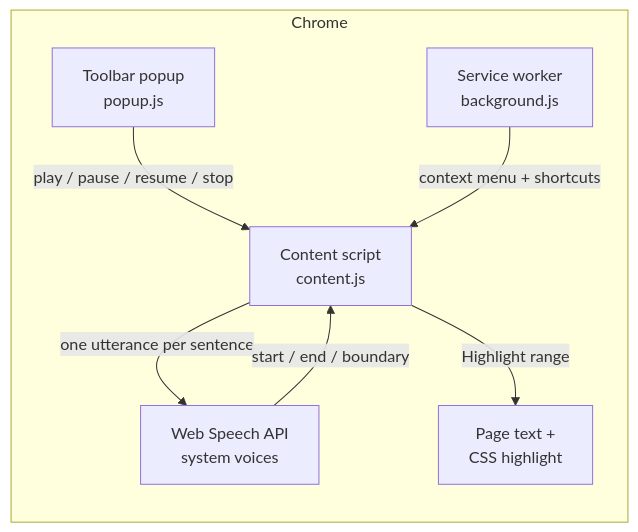
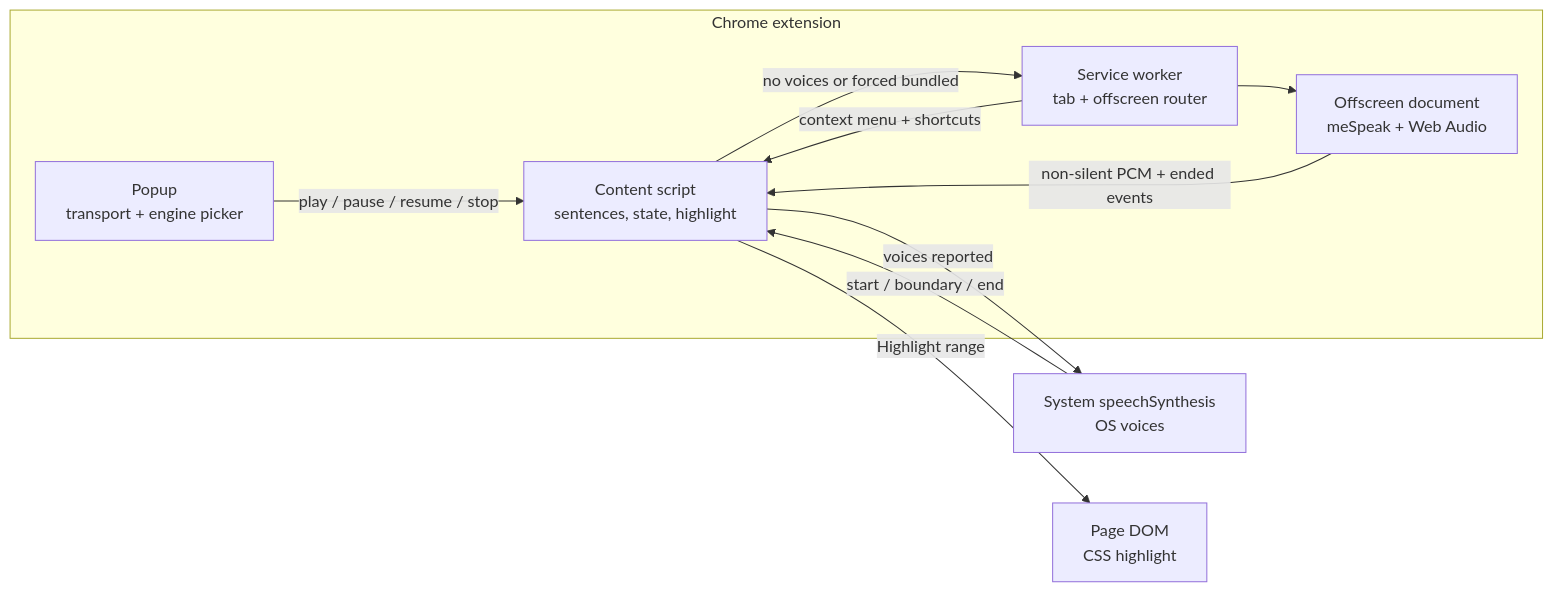
The diagram in README.md (Jayhub27/read-aloud-extension), drawn with Mermaid before and after one commit. The commit also changed other lines of this file and 20 other files, not shown here.

First line of the commit message:
Add bundled offline eSpeak voice fallback

````diff
--- a/README.md
+++ b/README.md
@@ -42,15 +49,20 @@
 ```mermaid
 flowchart LR
-  subgraph chrome[Chrome]
-    popup["Toolbar popup<br/>popup.js"]:::blue
-    worker["Service worker<br/>background.js"]:::blue
-    content["Content script<br/>content.js"]:::green
-    speech["Web Speech API<br/>system voices"]:::amber
-    page["Page text +<br/>CSS highlight"]:::green
+  subgraph ext[Chrome extension]
+    popup["Popup<br/>transport + engine picker"]:::blue
+    worker["Service worker<br/>tab + offscreen router"]:::blue
+    content["Content script<br/>sentences, state, highlight"]:::green
+    offscreen["Offscreen document<br/>meSpeak + Web Audio"]:::purple
   end
+  system["System speechSynthesis<br/>OS voices"]:::amber
+  page["Page DOM<br/>CSS highlight"]:::green
+
   popup -->|"play / pause / resume / stop"| content
   worker -->|"context menu + shortcuts"| content
-  content -->|"one utterance per sentence"| speech
+  content -->|"voices reported"| system
+  content -->|"no voices or forced bundled"| worker
+  worker --> offscreen
+  offscreen -->|"non-silent PCM + ended events"| content
+  system -->|"start / boundary / end"| content
   content -->|"Highlight range"| page
-  speech -->|"start / end / boundary"| content
 ```
````
